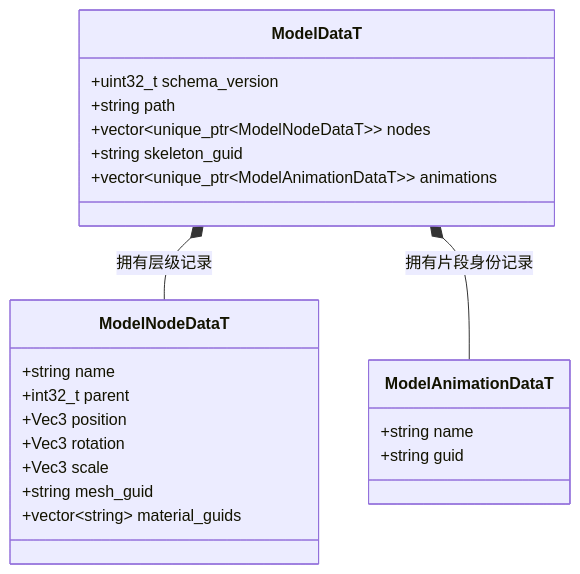
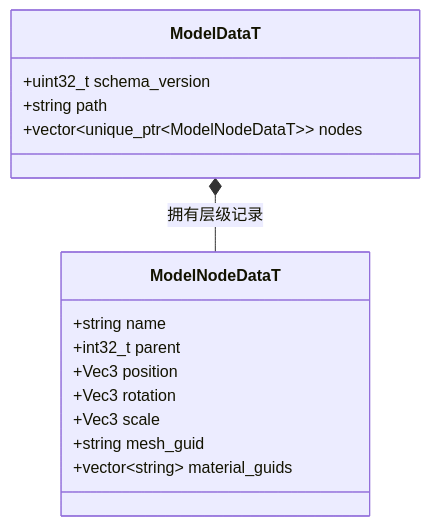
Before and after one commit to lcals/Engine: the third of 5 diagrams in docs/runtime/class-diagrams/model-resources.md, drawn with Mermaid. The commit also changed other lines of this file and 2455 other files, not shown here.

````diff
--- a/docs/runtime/class-diagrams/model-resources.md
+++ b/docs/runtime/class-diagrams/model-resources.md
@@ -50,25 +53,18 @@
 ```mermaid
 classDiagram
     class ModelDataT {
         +uint32_t schema_version
         +string path
         +vector~unique_ptr~ModelNodeDataT~~ nodes
-        +string skeleton_guid
-        +vector~unique_ptr~ModelAnimationDataT~~ animations
     }
     class ModelNodeDataT {
         +string name
         +int32_t parent
         +Vec3 position
         +Vec3 rotation
         +Vec3 scale
         +string mesh_guid
         +vector~string~ material_guids
     }
-    class ModelAnimationDataT {
-        +string name
-        +string guid
-    }
     ModelDataT *-- ModelNodeDataT : 拥有层级记录
-    ModelDataT *-- ModelAnimationDataT : 拥有片段身份记录
 ```
````
